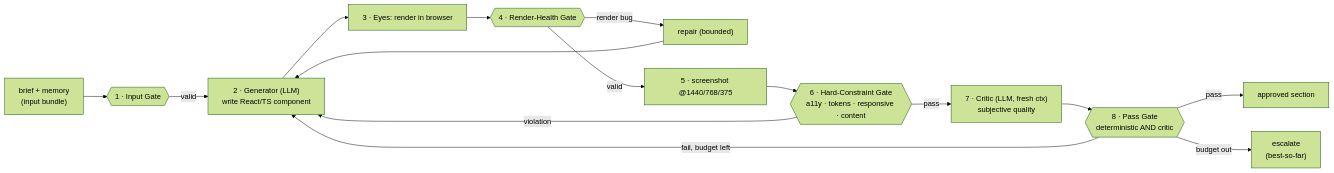
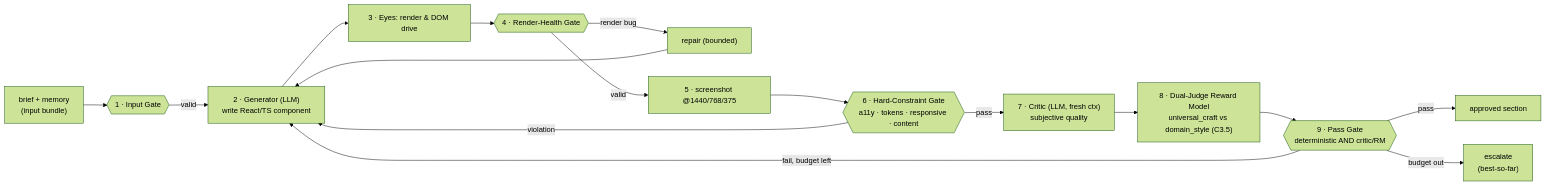
Before and after one commit to dev8xofficial/TroopHunter: the second of 4 diagrams in future-pipeline/autonomous-design-engine/spec/README.md, drawn with Mermaid (forest theme). The commit also changed other lines of this file and 139 other files, not shown here.

````diff
--- a/future-pipeline/autonomous-design-engine/spec/README.md
+++ b/future-pipeline/autonomous-design-engine/spec/README.md
@@ -251,16 +251,17 @@
 ```mermaid
 flowchart LR
     BRIEF["brief + memory\n(input bundle)"] --> IG{{"1 · Input Gate"}}
     IG -->|valid| GEN["2 · Generator (LLM)\nwrite React/TS component"]
-    GEN --> REN["3 · Eyes: render in browser"]
+    GEN --> REN["3 · Eyes: render & DOM drive"]
     REN --> RHG{{"4 · Render-Health Gate"}}
     RHG -->|render bug| FIX["repair (bounded)"] --> GEN
     RHG -->|valid| SHOT["5 · screenshot @1440/768/375"]
     SHOT --> HCG{{"6 · Hard-Constraint Gate\na11y · tokens · responsive · content"}}
     HCG -->|violation| GEN
     HCG -->|pass| CRIT["7 · Critic (LLM, fresh ctx)\nsubjective quality"]
-    CRIT --> PG{{"8 · Pass Gate\ndeterministic AND critic"}}
+    CRIT --> RM["8 · Dual-Judge Reward Model\nuniversal_craft vs domain_style (C3.5)"]
+    RM --> PG{{"9 · Pass Gate\ndeterministic AND critic/RM"}}
     PG -->|fail, budget left| GEN
     PG -->|pass| DONE["approved section"]
     PG -->|budget out| ESC["escalate\n(best-so-far)"]
 ```
````
